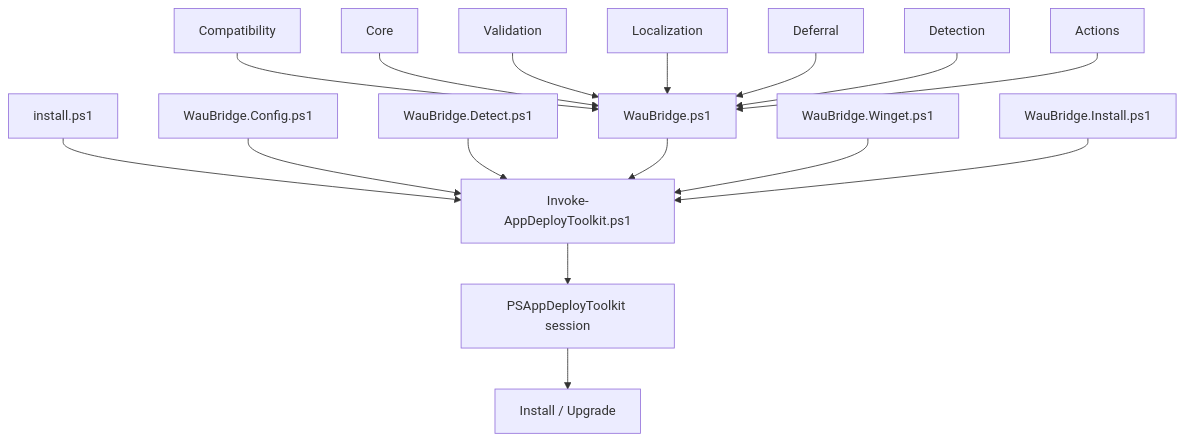
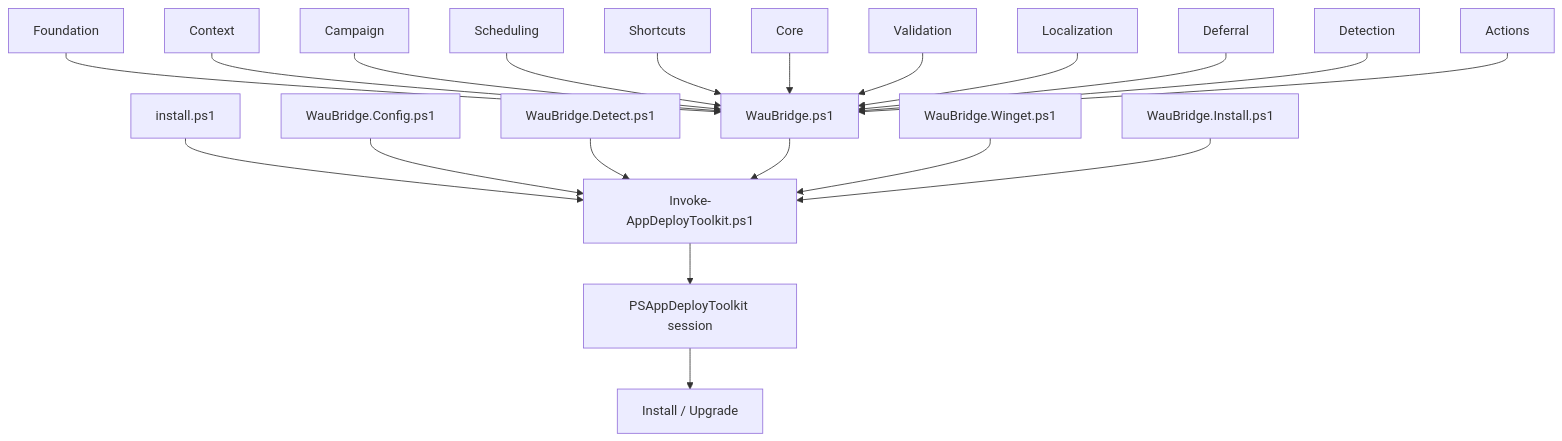
The first of 3 diagrams in template/TECHNICAL-REFERENCE.md (modernendpointde/wau-psadt-bridge), drawn with Mermaid before and after one commit. The commit also changed other lines of this file and 19 other files, not shown here.

````diff
--- a/template/TECHNICAL-REFERENCE.md
+++ b/template/TECHNICAL-REFERENCE.md
@@ -98,18 +108,22 @@
 ```mermaid
 flowchart TD
     Bootstrap["install.ps1"] --> Entry["Invoke-AppDeployToolkit.ps1"]
     Config["WauBridge.Config.ps1"] --> Entry
     Detect["WauBridge.Detect.ps1"] --> Entry
     Loader["WauBridge.ps1"] --> Entry
-    Compat["Compatibility"] --> Loader
+    Foundation["Foundation"] --> Loader
+    Context["Context"] --> Loader
+    Campaign["Campaign"] --> Loader
+    Scheduling["Scheduling"] --> Loader
+    Shortcuts["Shortcuts"] --> Loader
     Core["Core"] --> Loader
     Validation["Validation"] --> Loader
     Localization["Localization"] --> Loader
     Deferral["Deferral"] --> Loader
     Detection["Detection"] --> Loader
     Actions["Actions"] --> Loader
     Winget["WauBridge.Winget.ps1"] --> Entry
     Install["WauBridge.Install.ps1"] --> Entry
     Entry --> PSADT["PSAppDeployToolkit session"]
     PSADT --> Lifecycle["Install / Upgrade"]
 ```
````
